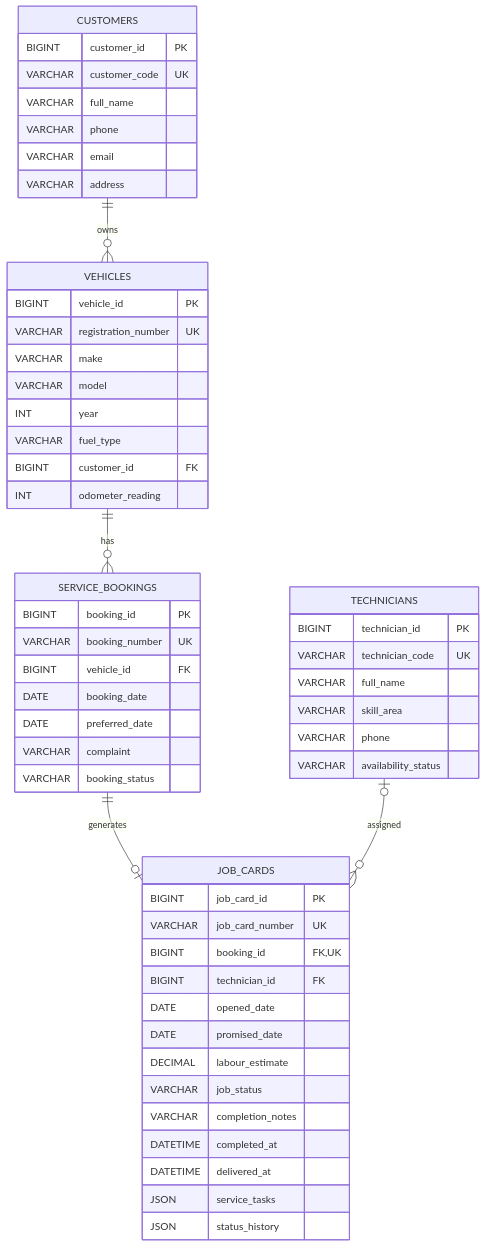
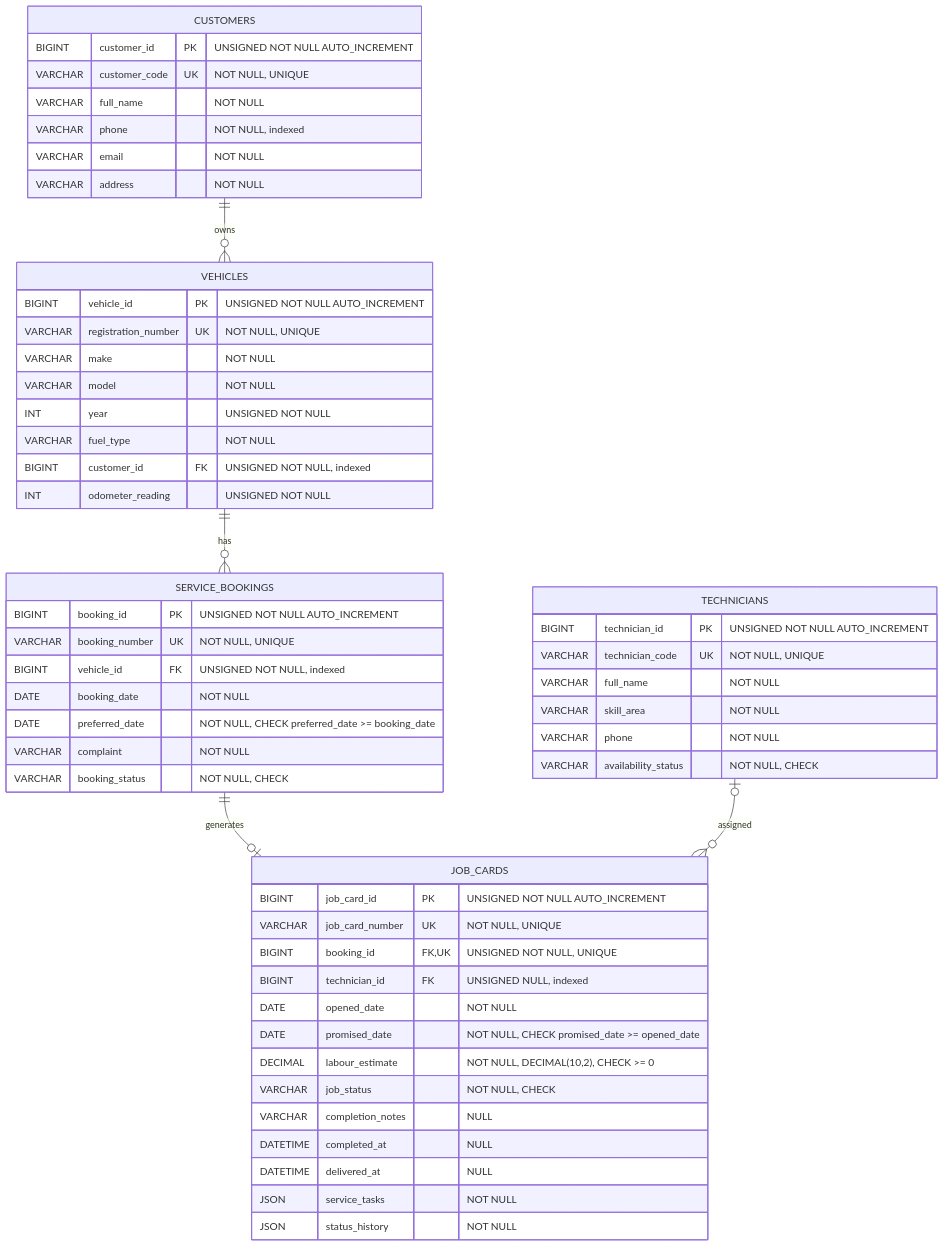
The diagram in docs/er-diagram.md (saivenkataad25-lab/Vehicle-Service-Centre-Job-Card-Management-System), drawn with Mermaid before and after one commit. The commit also changed other lines of this file and 19 other files, not shown here.

````diff
--- a/docs/er-diagram.md
+++ b/docs/er-diagram.md
@@ -3,62 +3,62 @@
 ```mermaid
 erDiagram
   CUSTOMERS ||--o{ VEHICLES : owns
   VEHICLES ||--o{ SERVICE_BOOKINGS : has
   SERVICE_BOOKINGS ||--o| JOB_CARDS : generates
   TECHNICIANS |o--o{ JOB_CARDS : assigned
 
   CUSTOMERS {
-    BIGINT customer_id PK
-    VARCHAR customer_code UK
-    VARCHAR full_name
-    VARCHAR phone
-    VARCHAR email
-    VARCHAR address
+    BIGINT customer_id PK "UNSIGNED NOT NULL AUTO_INCREMENT"
+    VARCHAR customer_code UK "NOT NULL, UNIQUE"
+    VARCHAR full_name "NOT NULL"
+    VARCHAR phone "NOT NULL, indexed"
+    VARCHAR email "NOT NULL"
+    VARCHAR address "NOT NULL"
   }
 
   VEHICLES {
-    BIGINT vehicle_id PK
-    VARCHAR registration_number UK
-    VARCHAR make
-    VARCHAR model
-    INT year
-    VARCHAR fuel_type
-    BIGINT customer_id FK
-    INT odometer_reading
+    BIGINT vehicle_id PK "UNSIGNED NOT NULL AUTO_INCREMENT"
+    VARCHAR registration_number UK "NOT NULL, UNIQUE"
+    VARCHAR make "NOT NULL"
+    VARCHAR model "NOT NULL"
+    INT year "UNSIGNED NOT NULL"
+    VARCHAR fuel_type "NOT NULL"
+    BIGINT customer_id FK "UNSIGNED NOT NULL, indexed"
+    INT odometer_reading "UNSIGNED NOT NULL"
   }
 
   TECHNICIANS {
-    BIGINT technician_id PK
-    VARCHAR technician_code UK
-    VARCHAR full_name
-    VARCHAR skill_area
-    VARCHAR phone
-    VARCHAR availability_status
+    BIGINT technician_id PK "UNSIGNED NOT NULL AUTO_INCREMENT"
+    VARCHAR technician_code UK "NOT NULL, UNIQUE"
+    VARCHAR full_name "NOT NULL"
+    VARCHAR skill_area "NOT NULL"
+    VARCHAR phone "NOT NULL"
+    VARCHAR availability_status "NOT NULL, CHECK"
   }
 
   SERVICE_BOOKINGS {
-    BIGINT booking_id PK
-    VARCHAR booking_number UK
-    BIGINT vehicle_id FK
-    DATE booking_date
-    DATE preferred_date
-    VARCHAR complaint
-    VARCHAR booking_status
+    BIGINT booking_id PK "UNSIGNED NOT NULL AUTO_INCREMENT"
+    VARCHAR booking_number UK "NOT NULL, UNIQUE"
+    BIGINT vehicle_id FK "UNSIGNED NOT NULL, indexed"
+    DATE booking_date "NOT NULL"
+    DATE preferred_date "NOT NULL, CHECK preferred_date >= booking_date"
+    VARCHAR complaint "NOT NULL"
+    VARCHAR booking_status "NOT NULL, CHECK"
   }
 
   JOB_CARDS {
-    BIGINT job_card_id PK
-    VARCHAR job_card_number UK
-    BIGINT booking_id FK, UK
-    BIGINT technician_id FK
-    DATE opened_date
-    DATE promised_date
-    DECIMAL labour_estimate
-    VARCHAR job_status
-    VARCHAR completion_notes
-    DATETIME completed_at
-    DATETIME delivered_at
-    JSON service_tasks
-    JSON status_history
+    BIGINT job_card_id PK "UNSIGNED NOT NULL AUTO_INCREMENT"
+    VARCHAR job_card_number UK "NOT NULL, UNIQUE"
+    BIGINT booking_id FK, UK "UNSIGNED NOT NULL, UNIQUE"
+    BIGINT technician_id FK "UNSIGNED NULL, indexed"
+    DATE opened_date "NOT NULL"
+    DATE promised_date "NOT NULL, CHECK promised_date >= opened_date"
+    DECIMAL labour_estimate "NOT NULL, DECIMAL(10,2), CHECK >= 0"
+    VARCHAR job_status "NOT NULL, CHECK"
+    VARCHAR completion_notes "NULL"
+    DATETIME completed_at "NULL"
+    DATETIME delivered_at "NULL"
+    JSON service_tasks "NOT NULL"
+    JSON status_history "NOT NULL"
   }
 ```
````
